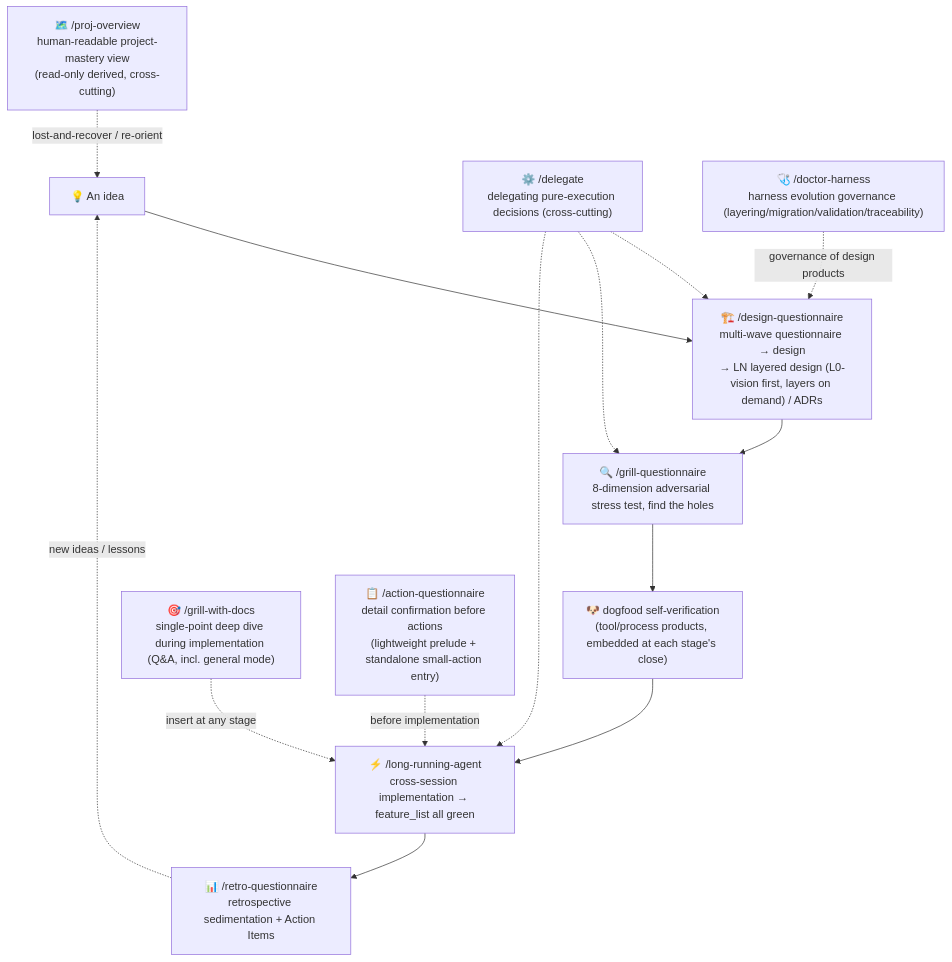
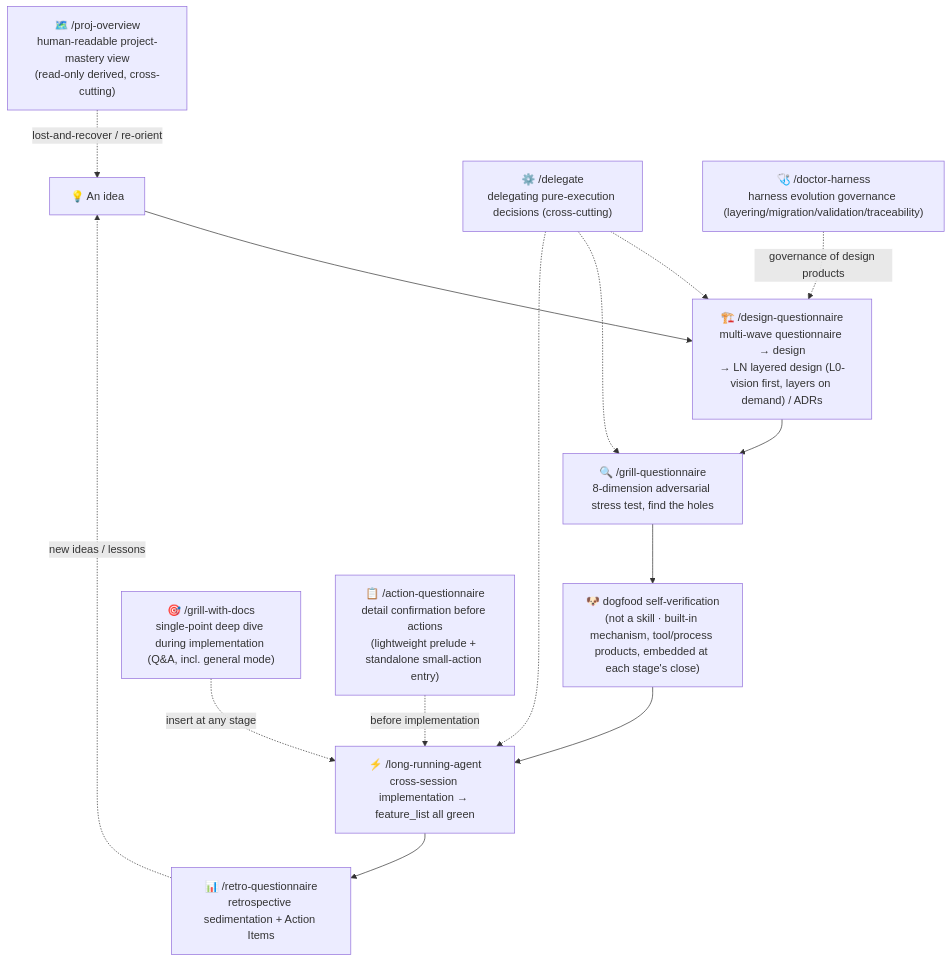
The diagram in en/README.md (code-cycler/info-driven-ai-se-harness-engineering), drawn with Mermaid before and after one commit. The commit also changed other lines of this file and 67 other files, not shown here.

````diff
--- a/en/README.md
+++ b/en/README.md
@@ -54,17 +54,17 @@
 ```mermaid
 flowchart TD
     A["💡 An idea"] --> B["🏗️ /design-questionnaire<br/>multi-wave questionnaire → design<br/>→ LN layered design (L0-vision first, layers on demand) / ADRs"]
     B --> C["🔍 /grill-questionnaire<br/>8-dimension adversarial stress test, find the holes"]
-    C --> D["🐶 dogfood self-verification<br/>(tool/process products, embedded at each stage's close)"]
+    C --> D["🐶 dogfood self-verification<br/>(not a skill · built-in mechanism, tool/process products, embedded at each stage's close)"]
     D --> E["⚡ /long-running-agent<br/>cross-session implementation → feature_list all green"]
     E --> F["📊 /retro-questionnaire<br/>retrospective sedimentation + Action Items"]
     F -.->|new ideas / lessons| A
 
     G["🎯 /grill-with-docs<br/>single-point deep dive during implementation (Q&A, incl. general mode)"] -.->|insert at any stage| E
     H["⚙️ /delegate<br/>delegating pure-execution decisions (cross-cutting)"] -.-> B
     H -.-> C
     H -.-> E
     I["📋 /action-questionnaire<br/>detail confirmation before actions<br/>(lightweight prelude + standalone small-action entry)"] -.->|before implementation| E
     J["🩺 /doctor-harness<br/>harness evolution governance (layering/migration/validation/traceability)"] -.->|governance of design products| B
     K["🗺️ /proj-overview<br/>human-readable project-mastery view<br/>(read-only derived, cross-cutting)"] -.->|lost-and-recover / re-orient| A
 ```
````
